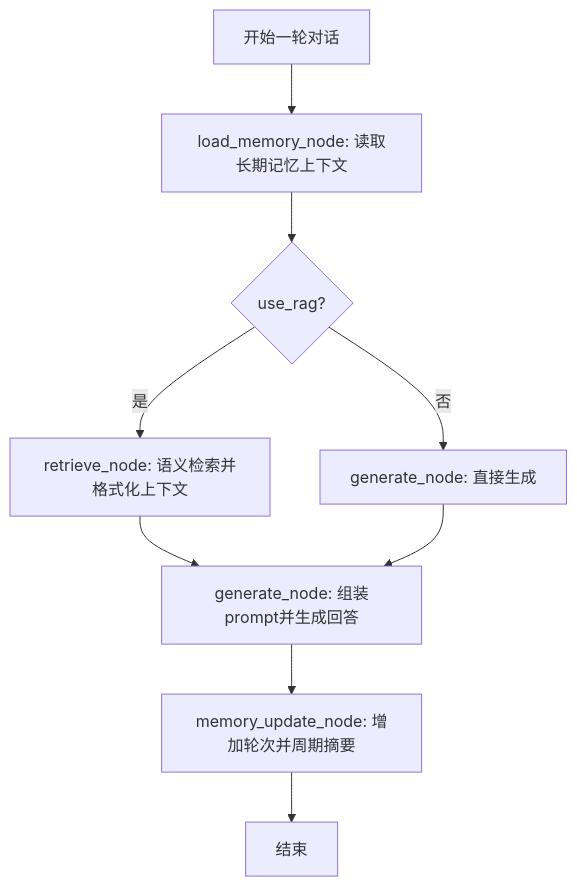
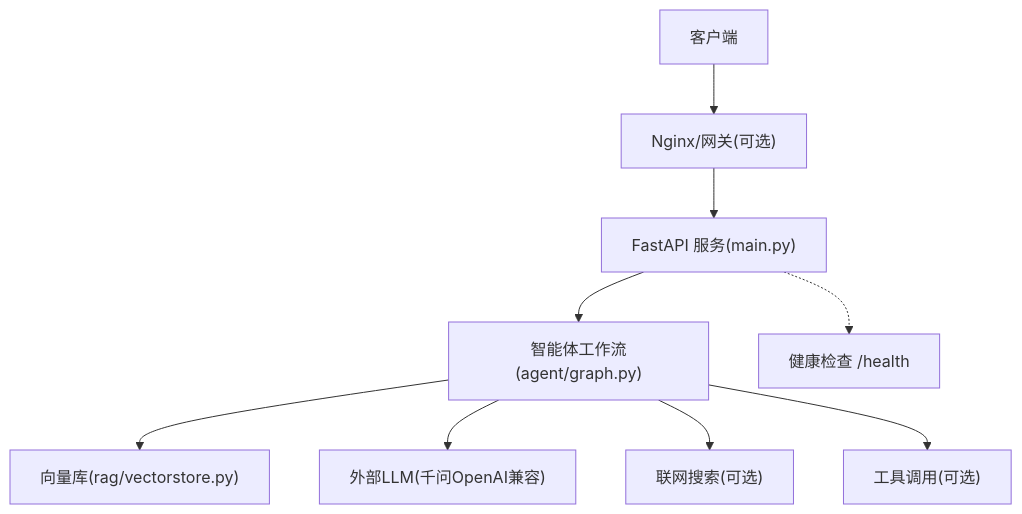
One commit to Cecil09312/DingDingAIAssistant changed the first of 5 diagrams in .qoder/repowiki/zh/content/部署指南.md. Above: the diagram before and after it, drawn with Mermaid. The commit also changed other lines of this file and 81 other files, not shown here.

````diff
--- a/.qoder/repowiki/zh/content/部署指南.md
+++ b/.qoder/repowiki/zh/content/部署指南.md
@@ -252,11 +40,11 @@
 ```mermaid
-flowchart TD
-A["开始一轮对话"] --> B["load_memory_node: 读取长期记忆上下文"]
-B --> C{"use_rag?"}
-C --> |是| D["retrieve_node: 语义检索并格式化上下文"]
-C --> |否| E["generate_node: 直接生成"]
-D --> F["generate_node: 组装prompt并生成回答"]
-E --> F
-F --> G["memory_update_node: 增加轮次并周期摘要"]
-G --> H["结束"]
+graph TB
+A["客户端"] --> B["Nginx/网关(可选)"]
+B --> C["FastAPI 服务(main.py)"]
+C --> D["智能体工作流(agent/graph.py)"]
+D --> E["向量库(rag/vectorstore.py)"]
+D --> F["外部LLM(千问OpenAI兼容)"]
+D --> G["联网搜索(可选)"]
+D --> H["工具调用(可选)"]
+C -.-> I["健康检查 /health"]
 ```
````
